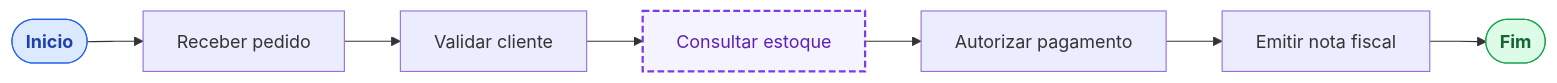
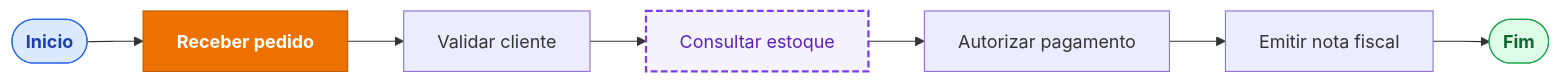
The diagram in app/vendas/diagrams/vendas.mmd (raywall/flowbridge), drawn with Mermaid before and after one commit. The commit also changed 329 other files, not shown here.

```diff
--- a/app/vendas/diagrams/vendas.mmd
+++ b/app/vendas/diagrams/vendas.mmd
@@ -1,36 +1,39 @@
 %% title: Fluxo de vendas
 flowchart LR
   start([Inicio]):::start
-  receive[Receber pedido]
+  receive[Receber pedido]:::lambda
   customer[Validar cliente]
   stock[Consultar estoque]:::external
   payment[Autorizar pagamento]
   invoice[Emitir nota fiscal]
   finish([Fim]):::success
 
   start --> receive --> customer --> stock --> payment --> invoice --> finish
 
   click stock "ext:http://localhost:4220/diagrams/estoque.mmd" "Abrir fluxo de estoque"
 
   %% @tooltip receive
   %%   title: Receber Pedido
   %%   description: Normaliza o payload recebido pelo canal de venda e cria a referencia inicial do fluxo.
   %%   owner: time-vendas
   %%   sla: < 200ms
   %%   since: 2024-01
   %%   tags: entrada, critico
   %% @end
 
   %% @tooltip stock
   %%   title: Consultar Estoque
   %%   description: Chamada sincrona para o fluxo funcional de estoque.
   %%   owner: time-estoque
   %%   sla: p99 < 500ms
   %%   alert: Conferir fallback de cache em horario de pico.
   %%   tags: externo, dependencia
   %%   link: Diagrama de estoque | ext:http://localhost:4220/diagrams/estoque.mmd
   %% @end
 
   classDef start fill:#dbeafe,stroke:#2563eb,color:#1e40af,font-weight:bold
   classDef success fill:#dcfce7,stroke:#16a34a,color:#166534,font-weight:bold
   classDef external fill:#f5f3ff,stroke:#7c3aed,color:#5b21b6,stroke-dasharray:6 3,stroke-width:2px
+  classDef lambda fill:#ED7100,stroke:#BD5A00,color:#fff,font-weight:bold
+
+  %% flowbridge:classIcon lambda aws:lambda
```
